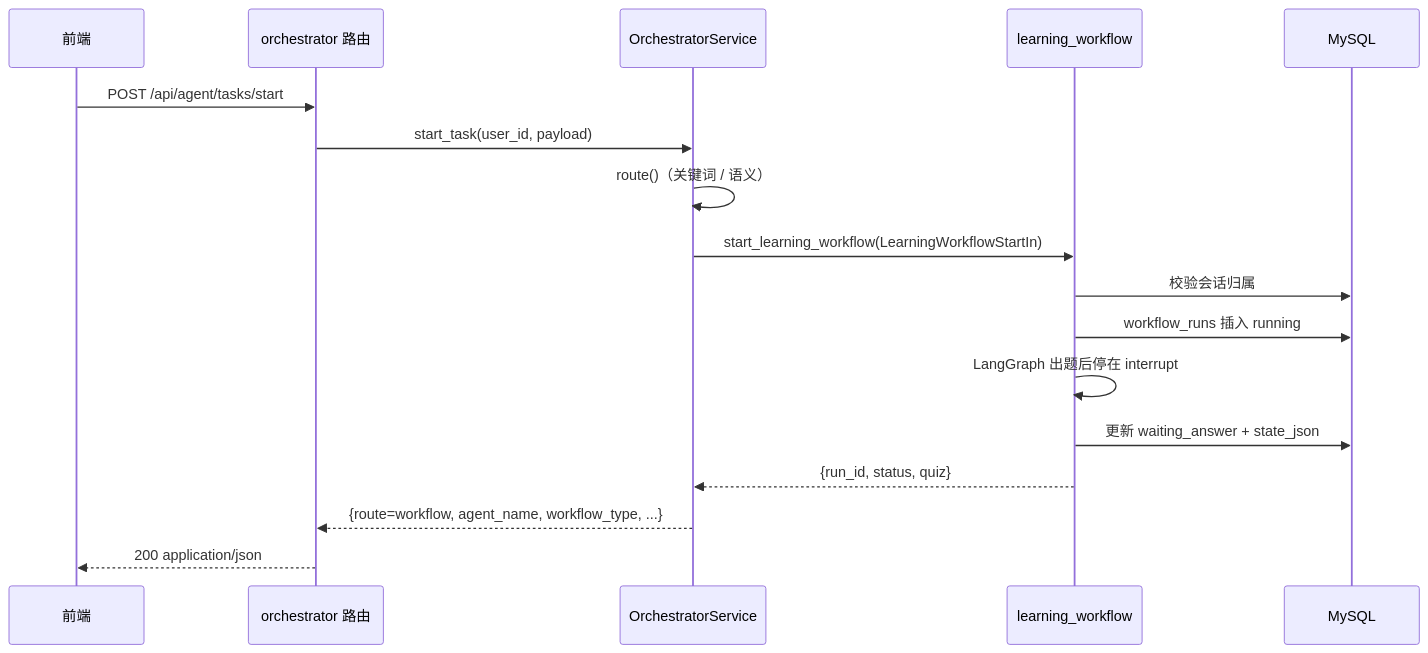
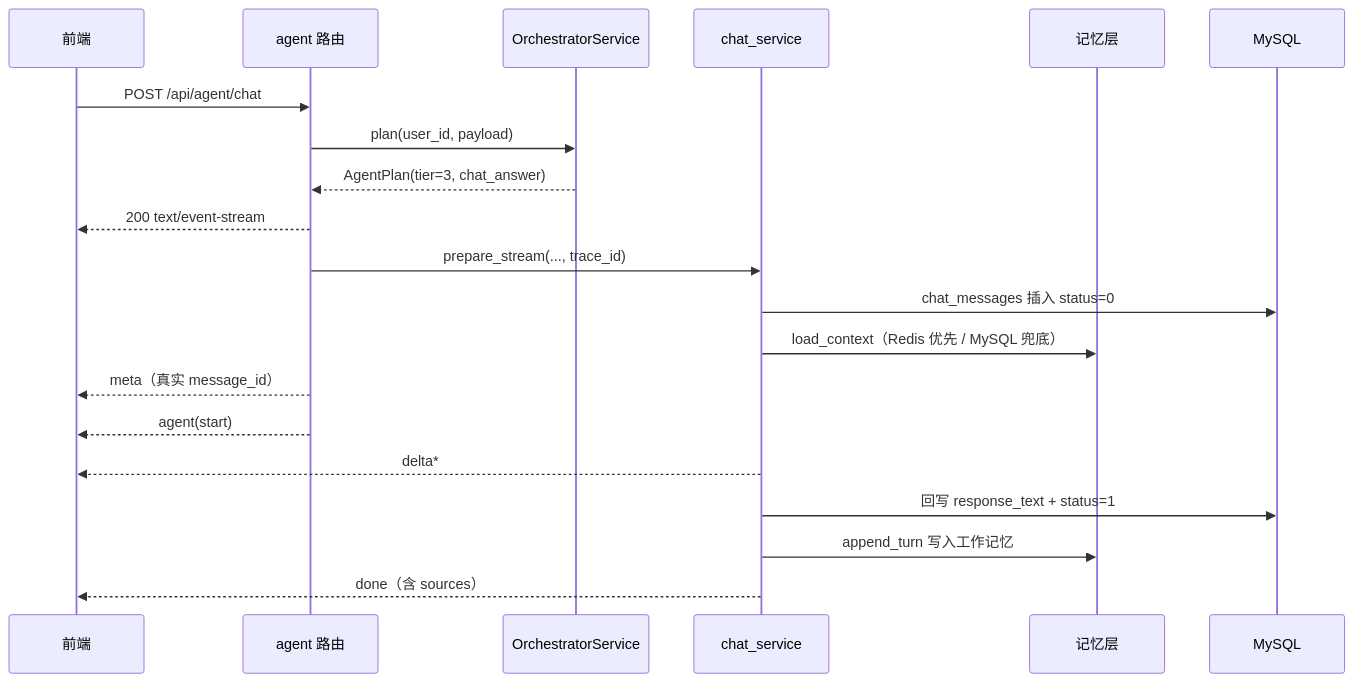
Before and after one commit to jiayinjiang-pistachio/study-pass-ai: the second of 7 diagrams in agent-backend/docs/orchestrator-workflow-design.md, drawn with Mermaid. The commit also changed other lines of this file and 56 other files, not shown here.

````diff
--- a/agent-backend/docs/orchestrator-workflow-design.md
+++ b/agent-backend/docs/orchestrator-workflow-design.md
@@ -65,20 +110,23 @@
 ```mermaid
 sequenceDiagram
     participant FE as 前端
-    participant R as orchestrator 路由
+    participant R as agent 路由
     participant S as OrchestratorService
-    participant W as learning_workflow
+    participant C as chat_service
+    participant M as 记忆层
     participant DB as MySQL
 
-    FE->>R: POST /api/agent/tasks/start
-    R->>S: start_task(user_id, payload)
-    S->>S: route()（关键词 / 语义）
-    S->>W: start_learning_workflow(LearningWorkflowStartIn)
-    W->>DB: 校验会话归属
-    W->>DB: workflow_runs 插入 running
-    W->>W: LangGraph 出题后停在 interrupt
-    W->>DB: 更新 waiting_answer + state_json
-    W-->>S: {run_id, status, quiz}
-    S-->>R: {route=workflow, agent_name, workflow_type, ...}
-    R-->>FE: 200 application/json
+    FE->>R: POST /api/agent/chat
+    R->>S: plan(user_id, payload)
+    S-->>R: AgentPlan(tier=3, chat_answer)
+    R-->>FE: 200 text/event-stream
+    R->>C: prepare_stream(..., trace_id)
+    C->>DB: chat_messages 插入 status=0
+    C->>M: load_context（Redis 优先 / MySQL 兜底）
+    R-->>FE: meta（真实 message_id）
+    R-->>FE: agent(start)
+    C-->>FE: delta*
+    C->>DB: 回写 response_text + status=1
+    C->>M: append_turn 写入工作记忆
+    C-->>FE: done（含 sources）
 ```
````
